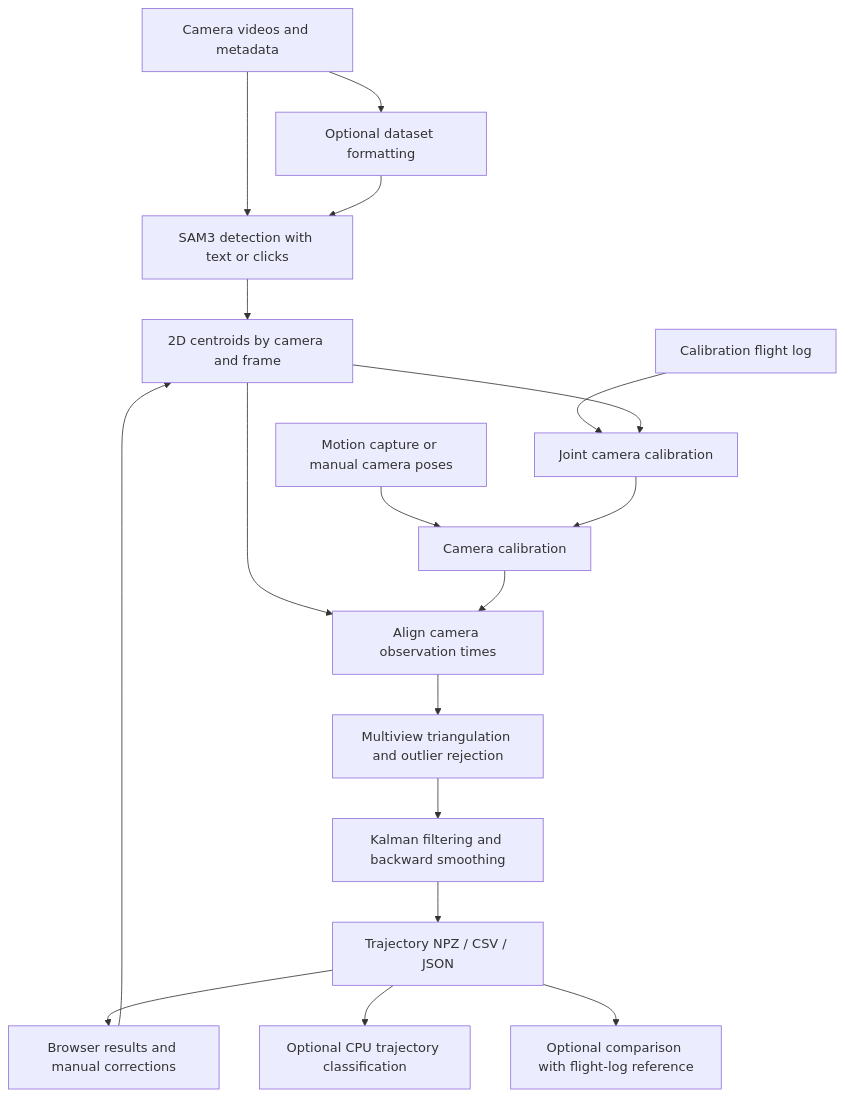
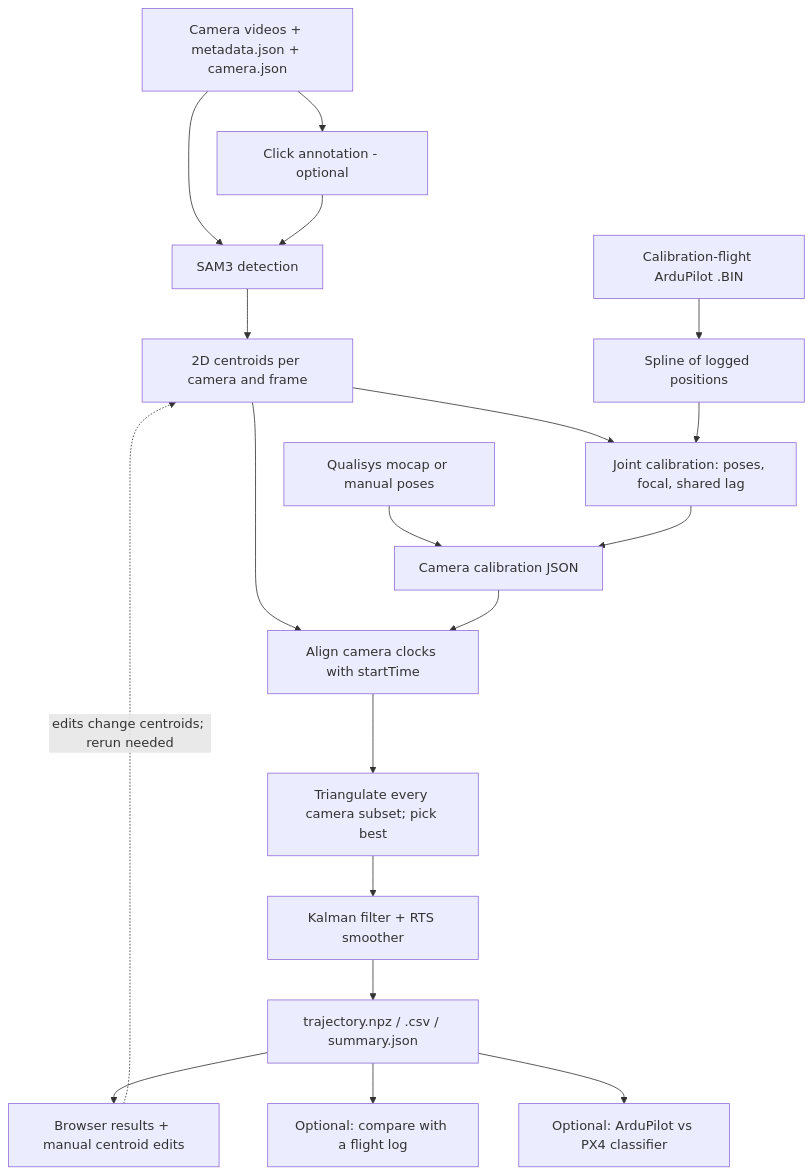
One commit to spotz32/fire-moonshot changed the second of 2 diagrams in analysis/fireRepo_detailed_analysis.md. Above: the diagram before and after it, drawn with Mermaid. The commit also changed other lines of this file and 1 other file, not shown here.

```diff
--- a/analysis/fireRepo_detailed_analysis.md
+++ b/analysis/fireRepo_detailed_analysis.md
@@ -135,20 +291,21 @@
 ~~~mermaid
 flowchart TD
-    A[Camera videos and metadata] --> B[Optional dataset formatting]
-    A --> C[SAM3 detection with text or clicks]
-    B --> C
-    C --> D[2D centroids by camera and frame]
-    L[Calibration flight log] --> E[Joint camera calibration]
-    D --> E
-    M[Motion capture or manual camera poses] --> F[Camera calibration]
-    E --> F
-    D --> G[Align camera observation times]
-    F --> G
-    G --> H[Multiview triangulation and outlier rejection]
-    H --> I[Kalman filtering and backward smoothing]
-    I --> J[Trajectory NPZ / CSV / JSON]
-    J --> K[Browser results and manual corrections]
-    K --> D
-    J --> N[Optional CPU trajectory classification]
-    J --> O[Optional comparison with flight-log reference]
+    V[Camera videos + metadata.json + camera.json] --> C[Click annotation - optional]
+    V --> D[SAM3 detection]
+    C --> D
+    D --> P[2D centroids per camera and frame]
+    L[Calibration-flight ArduPilot .BIN] --> S[Spline of logged positions]
+    P --> J[Joint calibration: poses, focal, shared lag]
+    S --> J
+    M[Qualisys mocap or manual poses] --> K[Camera calibration JSON]
+    J --> K
+    P --> A[Align camera clocks with startTime]
+    K --> A
+    A --> T[Triangulate every camera subset; pick best]
+    T --> E[Kalman filter + RTS smoother]
+    E --> O[trajectory.npz / .csv / summary.json]
+    O --> R[Browser results + manual centroid edits]
+    R -. edits change centroids; rerun needed .-> P
+    O --> F[Optional: compare with a flight log]
+    O --> X[Optional: ArduPilot vs PX4 classifier]
 ~~~
```
